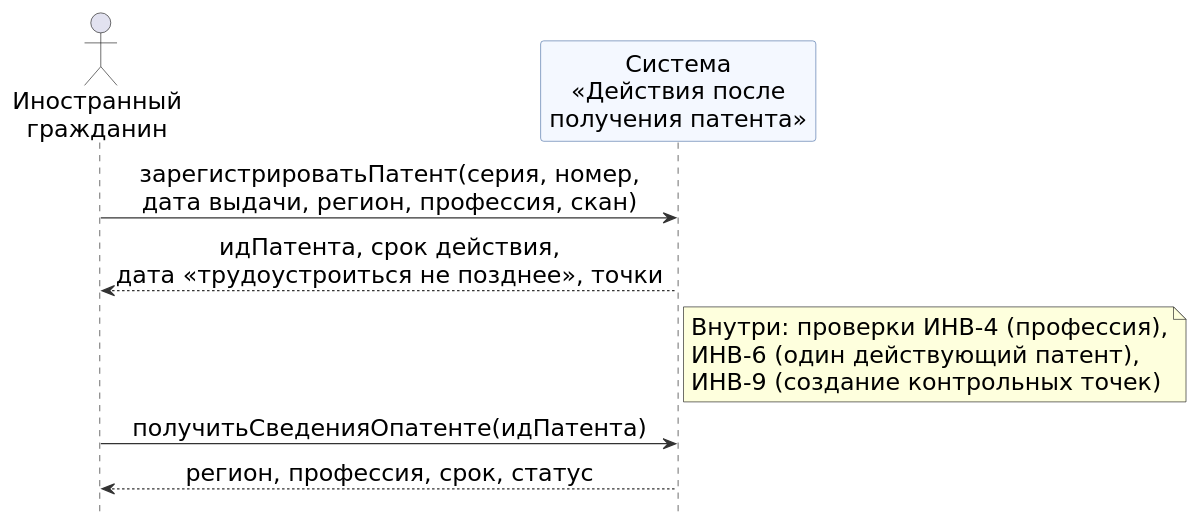
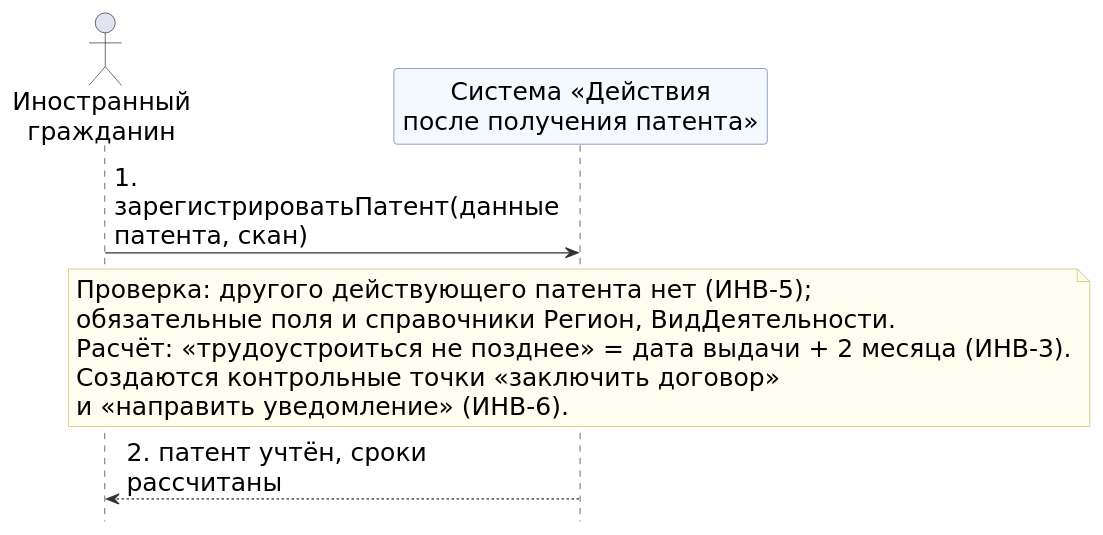
Before and after one commit to mflkee/study: the diagram in tsu/5sem/Функциональное моделирование систем/_архив/книга/src/l3-ssd-patent.puml, drawn with PlantUML. The commit also changed 2622 other files, not shown here.

Commit message:
ФМС: отчёт/слайды/книжка/речь/шпаргалка под ядро темы 7, 23 диаграммы, скрипты сборки

```diff
--- a/tsu/5sem/Функциональное моделирование систем/_архив/книга/src/l3-ssd-patent.puml
+++ b/tsu/5sem/Функциональное моделирование систем/_архив/книга/src/l3-ssd-patent.puml
@@ -1,24 +1,27 @@
 @startuml
-' SSD: основной сценарий П01 «зарегистрировать патент» (лаб. 3)
+' Упрощённая системная диаграмма последовательностей (SSD, «чёрный ящик») для книжки
 skinparam defaultFontName "DejaVu Sans"
 skinparam shadowing false
-skinparam defaultFontSize 19
-skinparam sequenceMessageAlign center
-skinparam ArrowColor #333333
+skinparam defaultFontSize 20
+skinparam sequenceMessageAlign left
+skinparam maxMessageSize 300
 skinparam ParticipantBackgroundColor #F4F8FF
 skinparam ParticipantBorderColor #4A6FA5
+skinparam ArrowColor #333333
+skinparam NoteBackgroundColor #FFFDF0
+skinparam NoteBorderColor #C9B458
 hide footbox
 
 actor "Иностранный\nгражданин" as IG
-participant "Система\n«Действия после\nполучения патента»" as S
+participant "Система «Действия\nпосле получения патента»" as SYS
 
-IG -> S : зарегистрироватьПатент(серия, номер,\nдата выдачи, регион, профессия, скан)
-S --> IG : идПатента, срок действия,\nдата «трудоустроиться не позднее», точки
-note right of S
-  Внутри: проверки ИНВ-4 (профессия),
-  ИНВ-6 (один действующий патент),
-  ИНВ-9 (создание контрольных точек)
+IG -> SYS : 1. зарегистрироватьПатент(данные патента, скан)
+note over SYS
+  Проверка: другого действующего патента нет (ИНВ-5);
+  обязательные поля и справочники Регион, ВидДеятельности.
+  Расчёт: «трудоустроиться не позднее» = дата выдачи + 2 месяца (ИНВ-3).
+  Создаются контрольные точки «заключить договор»
+  и «направить уведомление» (ИНВ-6).
 end note
-IG -> S : получитьСведенияОпатенте(идПатента)
-S --> IG : регион, профессия, срок, статус
+SYS --> IG : 2. патент учтён, сроки рассчитаны
 @enduml
```
